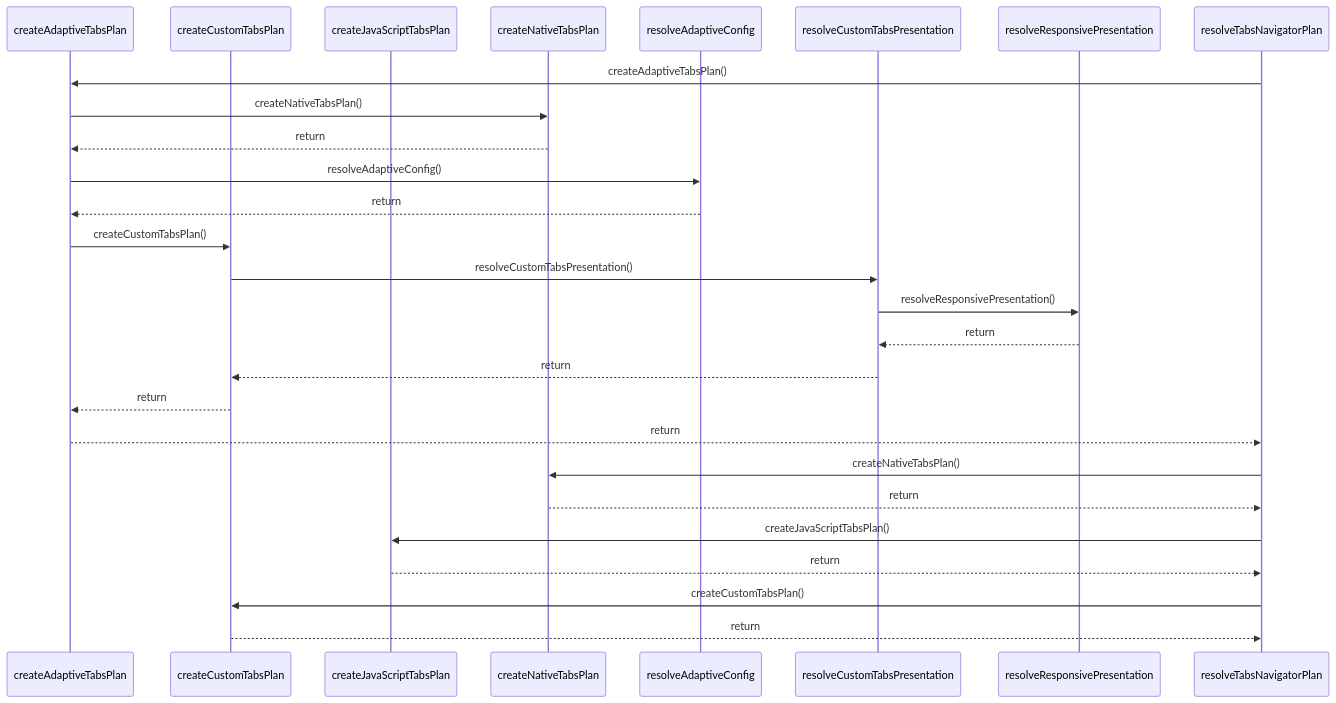
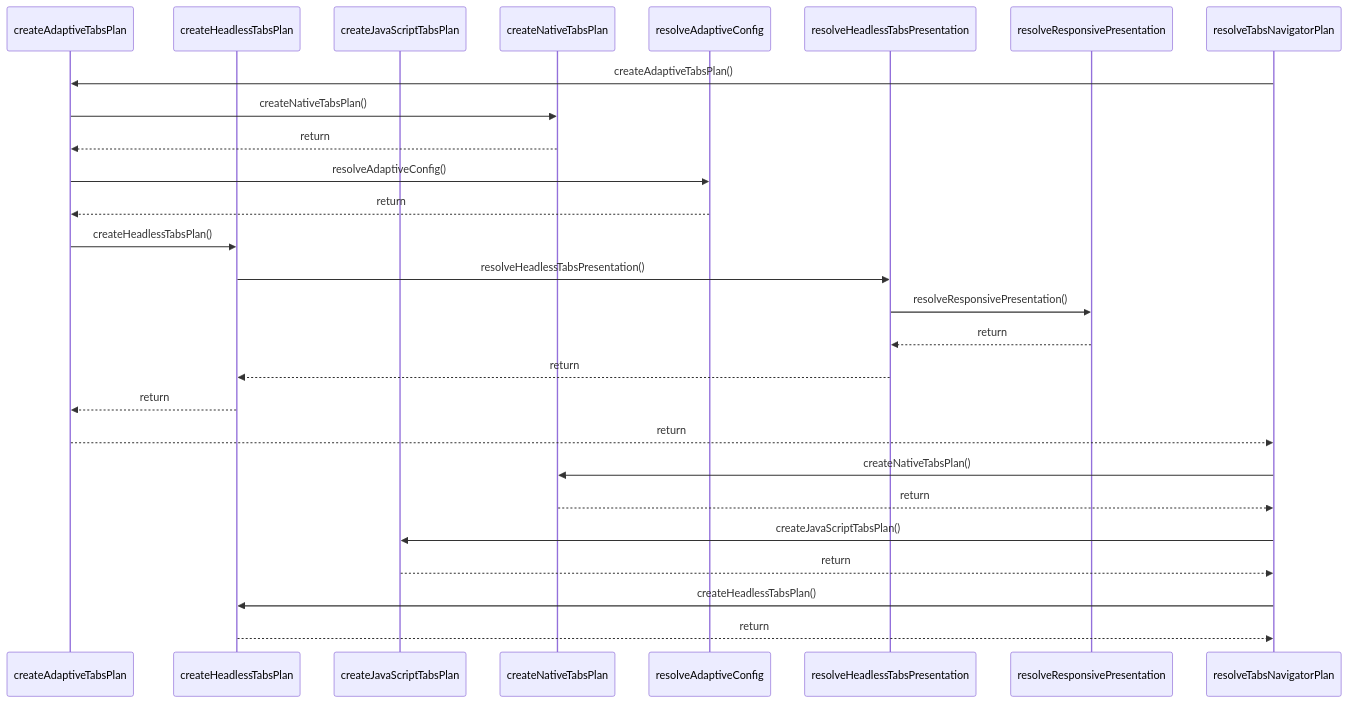
Before and after one commit to ankhorage/navigator: the diagram in paradox/diagrams/sequences/resolve-tabs-navigator-plan.mmd, drawn with Mermaid. The commit also changed 80 other files, not shown here.

```diff
--- a/paradox/diagrams/sequences/resolve-tabs-navigator-plan.mmd
+++ b/paradox/diagrams/sequences/resolve-tabs-navigator-plan.mmd
@@ -1,27 +1,27 @@
 sequenceDiagram
   participant participant_createAdaptiveTabsPlan as createAdaptiveTabsPlan
-  participant participant_createCustomTabsPlan as createCustomTabsPlan
+  participant participant_createHeadlessTabsPlan as createHeadlessTabsPlan
   participant participant_createJavaScriptTabsPlan as createJavaScriptTabsPlan
   participant participant_createNativeTabsPlan as createNativeTabsPlan
   participant participant_resolveAdaptiveConfig as resolveAdaptiveConfig
-  participant participant_resolveCustomTabsPresentation as resolveCustomTabsPresentation
+  participant participant_resolveHeadlessTabsPresentation as resolveHeadlessTabsPresentation
   participant participant_resolveResponsivePresentation as resolveResponsivePresentation
   participant participant_resolveTabsNavigatorPlan as resolveTabsNavigatorPlan
   participant_resolveTabsNavigatorPlan->>participant_createAdaptiveTabsPlan: createAdaptiveTabsPlan()
   participant_createAdaptiveTabsPlan->>participant_createNativeTabsPlan: createNativeTabsPlan()
   participant_createNativeTabsPlan-->>participant_createAdaptiveTabsPlan: return
   participant_createAdaptiveTabsPlan->>participant_resolveAdaptiveConfig: resolveAdaptiveConfig()
   participant_resolveAdaptiveConfig-->>participant_createAdaptiveTabsPlan: return
-  participant_createAdaptiveTabsPlan->>participant_createCustomTabsPlan: createCustomTabsPlan()
-  participant_createCustomTabsPlan->>participant_resolveCustomTabsPresentation: resolveCustomTabsPresentation()
-  participant_resolveCustomTabsPresentation->>participant_resolveResponsivePresentation: resolveResponsivePresentation()
-  participant_resolveResponsivePresentation-->>participant_resolveCustomTabsPresentation: return
-  participant_resolveCustomTabsPresentation-->>participant_createCustomTabsPlan: return
-  participant_createCustomTabsPlan-->>participant_createAdaptiveTabsPlan: return
+  participant_createAdaptiveTabsPlan->>participant_createHeadlessTabsPlan: createHeadlessTabsPlan()
+  participant_createHeadlessTabsPlan->>participant_resolveHeadlessTabsPresentation: resolveHeadlessTabsPresentation()
+  participant_resolveHeadlessTabsPresentation->>participant_resolveResponsivePresentation: resolveResponsivePresentation()
+  participant_resolveResponsivePresentation-->>participant_resolveHeadlessTabsPresentation: return
+  participant_resolveHeadlessTabsPresentation-->>participant_createHeadlessTabsPlan: return
+  participant_createHeadlessTabsPlan-->>participant_createAdaptiveTabsPlan: return
   participant_createAdaptiveTabsPlan-->>participant_resolveTabsNavigatorPlan: return
   participant_resolveTabsNavigatorPlan->>participant_createNativeTabsPlan: createNativeTabsPlan()
   participant_createNativeTabsPlan-->>participant_resolveTabsNavigatorPlan: return
   participant_resolveTabsNavigatorPlan->>participant_createJavaScriptTabsPlan: createJavaScriptTabsPlan()
   participant_createJavaScriptTabsPlan-->>participant_resolveTabsNavigatorPlan: return
-  participant_resolveTabsNavigatorPlan->>participant_createCustomTabsPlan: createCustomTabsPlan()
-  participant_createCustomTabsPlan-->>participant_resolveTabsNavigatorPlan: return
+  participant_resolveTabsNavigatorPlan->>participant_createHeadlessTabsPlan: createHeadlessTabsPlan()
+  participant_createHeadlessTabsPlan-->>participant_resolveTabsNavigatorPlan: return
```
